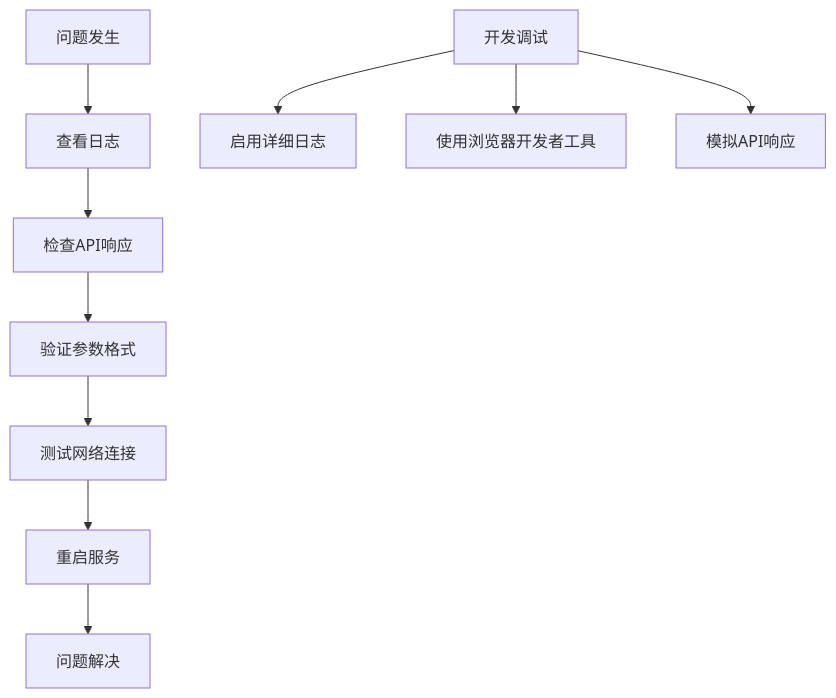
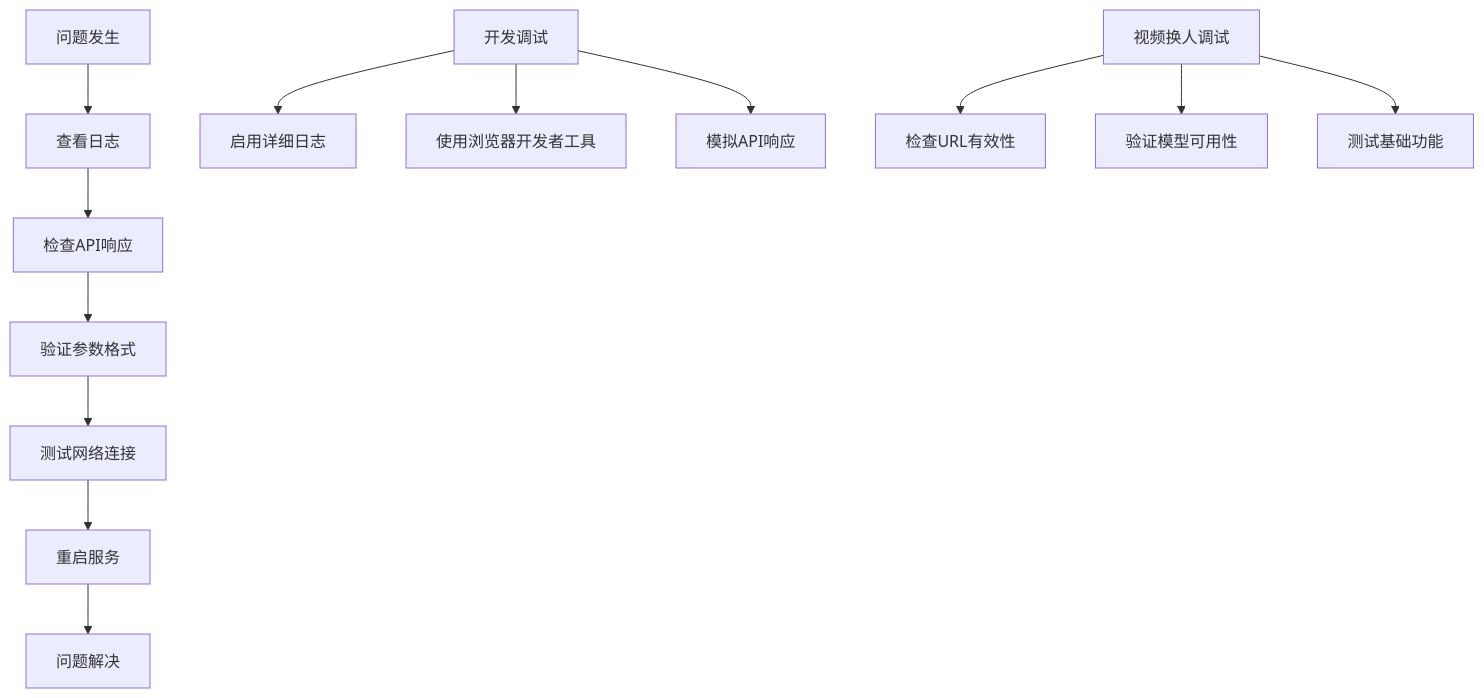
The seventh of 7 diagrams in .qoder/repowiki/zh/content/Dashscope Integration.md (zuozuoliu740-cmd/xianxiong-news), drawn with Mermaid before and after one commit. The commit also changed other lines of this file and 4 other files, not shown here.

````diff
--- a/.qoder/repowiki/zh/content/Dashscope Integration.md
+++ b/.qoder/repowiki/zh/content/Dashscope Integration.md
@@ -425,12 +501,15 @@
 ```mermaid
 graph TD
 A[问题发生] --> B[查看日志]
 B --> C[检查API响应]
 C --> D[验证参数格式]
 D --> E[测试网络连接]
 E --> F[重启服务]
 F --> G[问题解决]
 H[开发调试] --> H1[启用详细日志]
 H --> H2[使用浏览器开发者工具]
 H --> H3[模拟API响应]
+I[视频换人调试] --> I1[检查URL有效性]
+I --> I2[验证模型可用性]
+I --> I3[测试基础功能]
 ```
````
